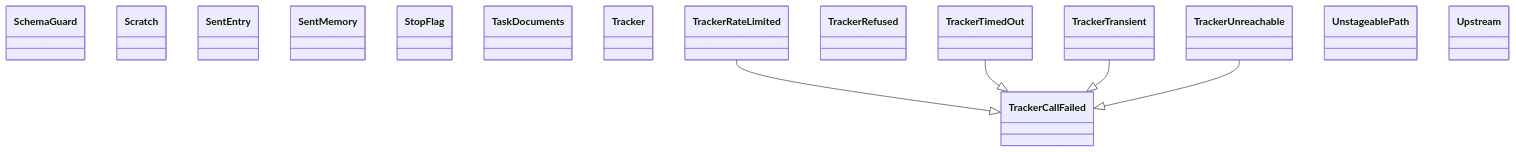
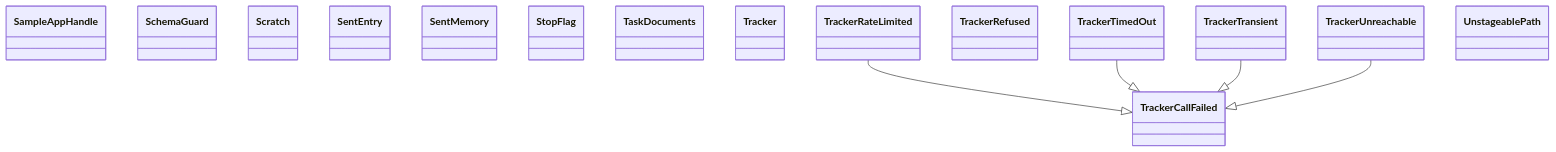
Before and after one commit to GonzaloZevallos/agentic-system: the diagram in docs/architecture/generated/classes-process-application-support-5.md, drawn with Mermaid. The commit also changed other lines of this file and 15 other files, not shown here.

Commit message:
Regenerate architecture pages and cluster domain.lead_time

````diff
--- a/docs/architecture/generated/classes-process-application-support-5.md
+++ b/docs/architecture/generated/classes-process-application-support-5.md
@@ -17,22 +17,22 @@
 ```mermaid
 classDiagram
+    class ports__SampleAppHandle["SampleAppHandle"]
     class ports__SchemaGuard["SchemaGuard"]
     class ports__Scratch["Scratch"]
     class ports__SentEntry["SentEntry"]
     class ports__SentMemory["SentMemory"]
     class ports__StopFlag["StopFlag"]
     class ports__TaskDocuments["TaskDocuments"]
     class ports__Tracker["Tracker"]
     class ports__TrackerCallFailed["TrackerCallFailed"]
     class ports__TrackerRateLimited["TrackerRateLimited"]
     class ports__TrackerRefused["TrackerRefused"]
     class ports__TrackerTimedOut["TrackerTimedOut"]
     class ports__TrackerTransient["TrackerTransient"]
     class ports__TrackerUnreachable["TrackerUnreachable"]
     class ports__UnstageablePath["UnstageablePath"]
-    class ports__Upstream["Upstream"]
     ports__TrackerRateLimited --|> ports__TrackerCallFailed
     ports__TrackerTimedOut --|> ports__TrackerCallFailed
     ports__TrackerTransient --|> ports__TrackerCallFailed
     ports__TrackerUnreachable --|> ports__TrackerCallFailed
 ```
````
